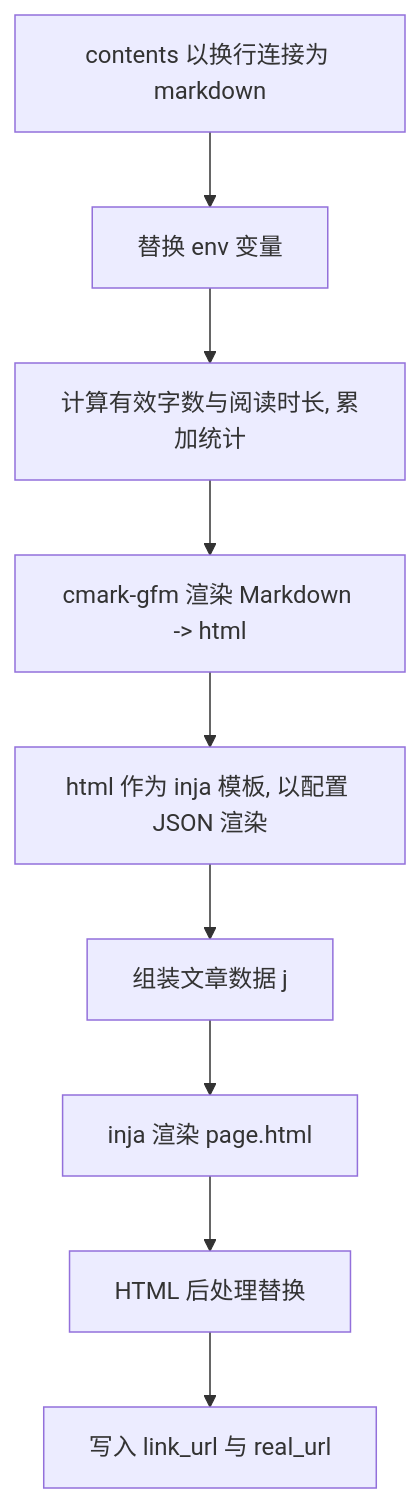
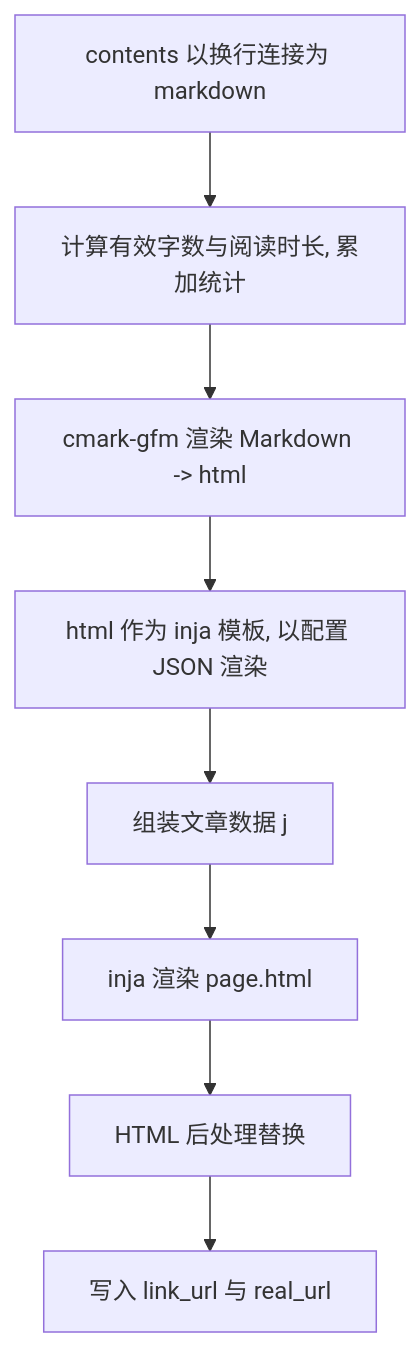
One commit to o8x/camus changed the diagram in docs/prd/05-rendering.md. Above: the diagram before and after it, drawn with Mermaid. The commit also changed other lines of this file and 18 other files, not shown here.

````diff
--- a/docs/prd/05-rendering.md
+++ b/docs/prd/05-rendering.md
@@ -36,11 +36,10 @@
 ```mermaid
 flowchart TD
-    A[contents 以换行连接为 markdown] --> B[替换 env 变量]
-    B --> C[计算有效字数与阅读时长, 累加统计]
+    A[contents 以换行连接为 markdown] --> C[计算有效字数与阅读时长, 累加统计]
     C --> D[cmark-gfm 渲染 Markdown -> html]
     D --> E[html 作为 inja 模板, 以配置 JSON 渲染]
     E --> F[组装文章数据 j]
     F --> G[inja 渲染 page.html]
     G --> H[HTML 后处理替换]
     H --> I[写入 link_url 与 real_url]
 ```
````
